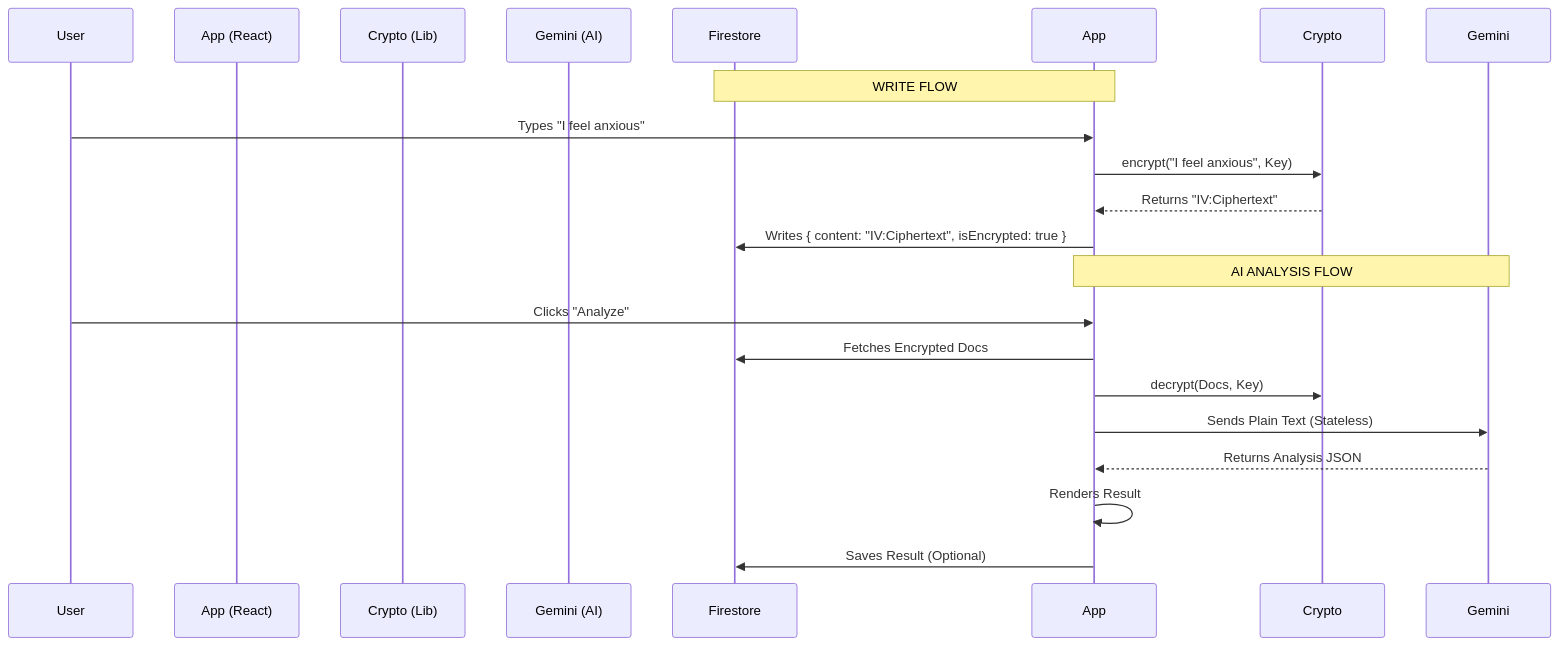
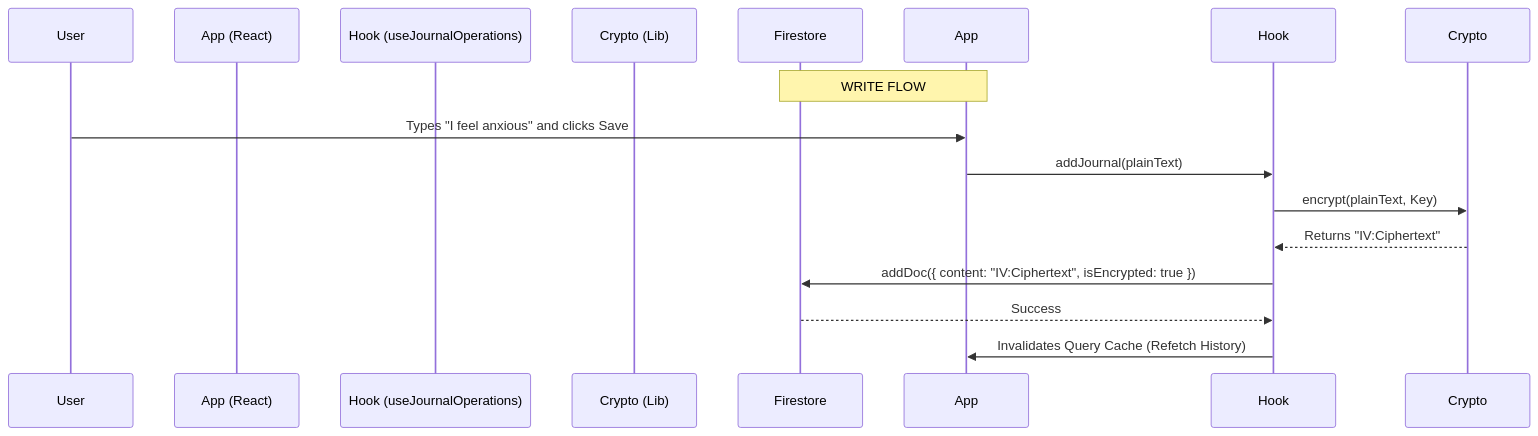
Before and after one commit to rpdouglas/MRT2: the diagram in docs/specs/01_JOURNAL.md, drawn with Mermaid. The commit also changed other lines of this file and 7 other files, not shown here.

````diff
--- a/docs/specs/01_JOURNAL.md
+++ b/docs/specs/01_JOURNAL.md
@@ -74,23 +75,17 @@
 ```mermaid
 sequenceDiagram
     participant User
     participant App (React)
+    participant Hook (useJournalOperations)
     participant Crypto (Lib)
-    participant Gemini (AI)
     participant Firestore
 
     Note over App, Firestore: WRITE FLOW
-    User->>App: Types "I feel anxious"
-    App->>Crypto: encrypt("I feel anxious", Key)
-    Crypto-->>App: Returns "IV:Ciphertext"
-    App->>Firestore: Writes { content: "IV:Ciphertext", isEncrypted: true }
-
-    Note over App, Gemini: AI ANALYSIS FLOW
-    User->>App: Clicks "Analyze"
-    App->>Firestore: Fetches Encrypted Docs
-    App->>Crypto: decrypt(Docs, Key)
-    App->>Gemini: Sends Plain Text (Stateless)
-    Gemini-->>App: Returns Analysis JSON
-    App->>App: Renders Result
-    App->>Firestore: Saves Result (Optional)
+    User->>App: Types "I feel anxious" and clicks Save
+    App->>Hook: addJournal(plainText)
+    Hook->>Crypto: encrypt(plainText, Key)
+    Crypto-->>Hook: Returns "IV:Ciphertext"
+    Hook->>Firestore: addDoc({ content: "IV:Ciphertext", isEncrypted: true })
+    Firestore-->>Hook: Success
+    Hook->>App: Invalidates Query Cache (Refetch History)
 ```
````
